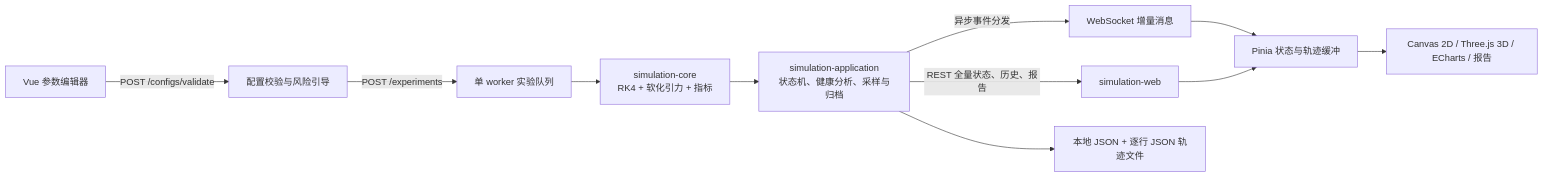
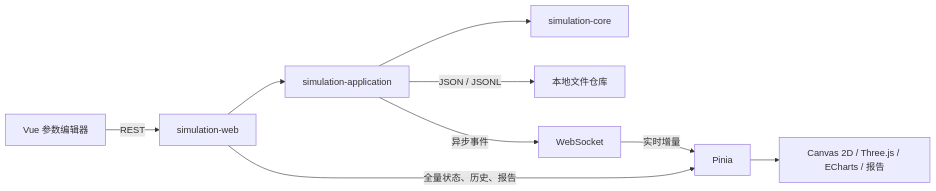
The diagram in README.md (1753262762/ThreeBodySimulation), drawn with Mermaid before and after one commit. The commit also changed other lines of this file and 33 other files, not shown here.

````diff
--- a/README.md
+++ b/README.md
@@ -95,13 +65,11 @@
 ```mermaid
 flowchart LR
-    UI["Vue 参数编辑器"] -->|"POST /configs/validate"| Validation["配置校验与风险引导"]
-    Validation -->|"POST /experiments"| Queue["单 worker 实验队列"]
-    Queue --> Core["simulation-core<br/>RK4 + 软化引力 + 指标"]
-    Core --> App["simulation-application<br/>状态机、健康分析、采样与归档"]
-    App -->|"异步事件分发"| WS["WebSocket 增量消息"]
-    App -->|"REST 全量状态、历史、报告"| REST["simulation-web"]
-    WS --> Store["Pinia 状态与轨迹缓冲"]
-    REST --> Store
-    Store --> Views["Canvas 2D / Three.js 3D / ECharts / 报告"]
-    App --> Files["本地 JSON + 逐行 JSON 轨迹文件"]
+    UI[Vue 参数编辑器] -->|REST| Web[simulation-web]
+    Web --> App[simulation-application]
+    App --> Core[simulation-core]
+    App -->|JSON / JSONL| Files[本地文件仓库]
+    App -->|异步事件| WS[WebSocket]
+    Web -->|全量状态、历史、报告| Store[Pinia]
+    WS -->|实时增量| Store
+    Store --> Views[Canvas 2D / Three.js / ECharts / 报告]
 ```
````
